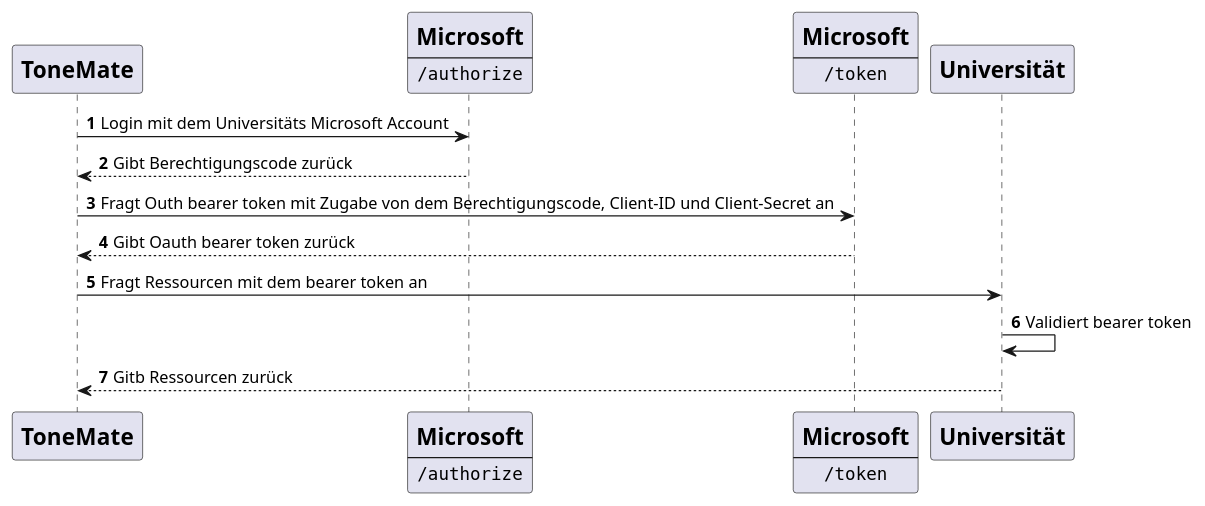
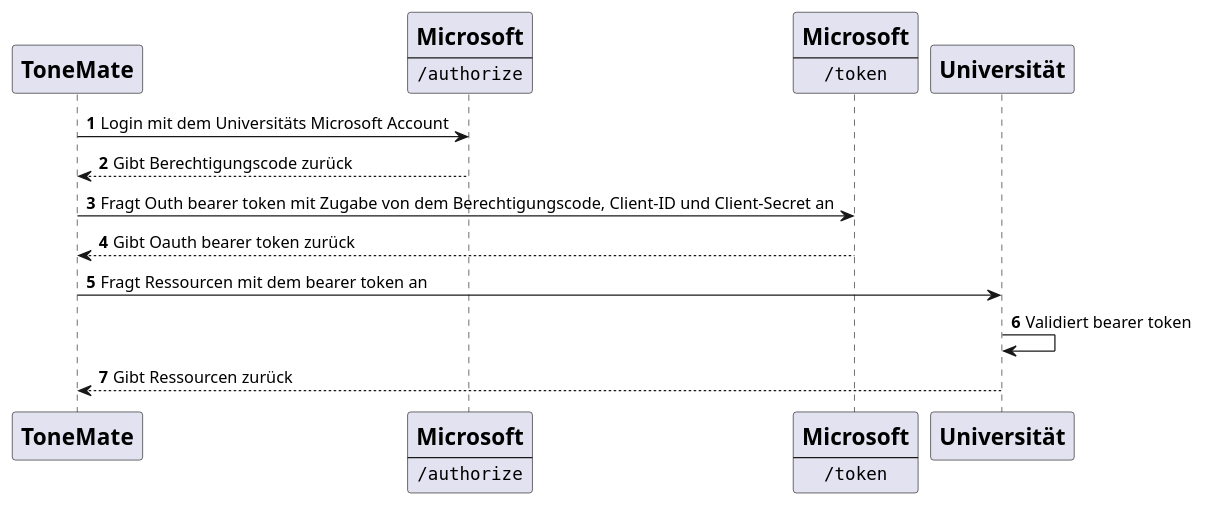
The first of 3 diagrams in src/06_runtime_view.adoc (BB223/sw-architecture), drawn with PlantUML before and after one commit. The commit also changed other lines of this file, not shown here.

```diff
--- a/src/06_runtime_view.adoc
+++ b/src/06_runtime_view.adoc
@@ -14,32 +14,32 @@
 [plantuml]
 ....
 @startuml
 autonumber
 participant ToneMate [
     =ToneMate
 ]
 participant MicrosoftAuth [
     =Microsoft
     ----
     ""/authorize""
 ]
 participant MicrosoftToken [
     =Microsoft
     ----
     ""/token""
 ]
 participant Uni [
     =Universität
 ]
 
 ToneMate -> MicrosoftAuth: Login mit dem Universitäts Microsoft Account
 ToneMate <-- MicrosoftAuth: Gibt Berechtigungscode zurück
 
 ToneMate -> MicrosoftToken: Fragt Outh bearer token mit Zugabe von dem Berechtigungscode, Client-ID und Client-Secret an
 ToneMate <-- MicrosoftToken: Gibt Oauth bearer token zurück
 
 ToneMate -> Uni: Fragt Ressourcen mit dem bearer token an
 Uni -> Uni: Validiert bearer token
-ToneMate <-- Uni: Gitb Ressourcen zurück
+ToneMate <-- Uni: Gibt Ressourcen zurück
 @enduml
 ....
```
